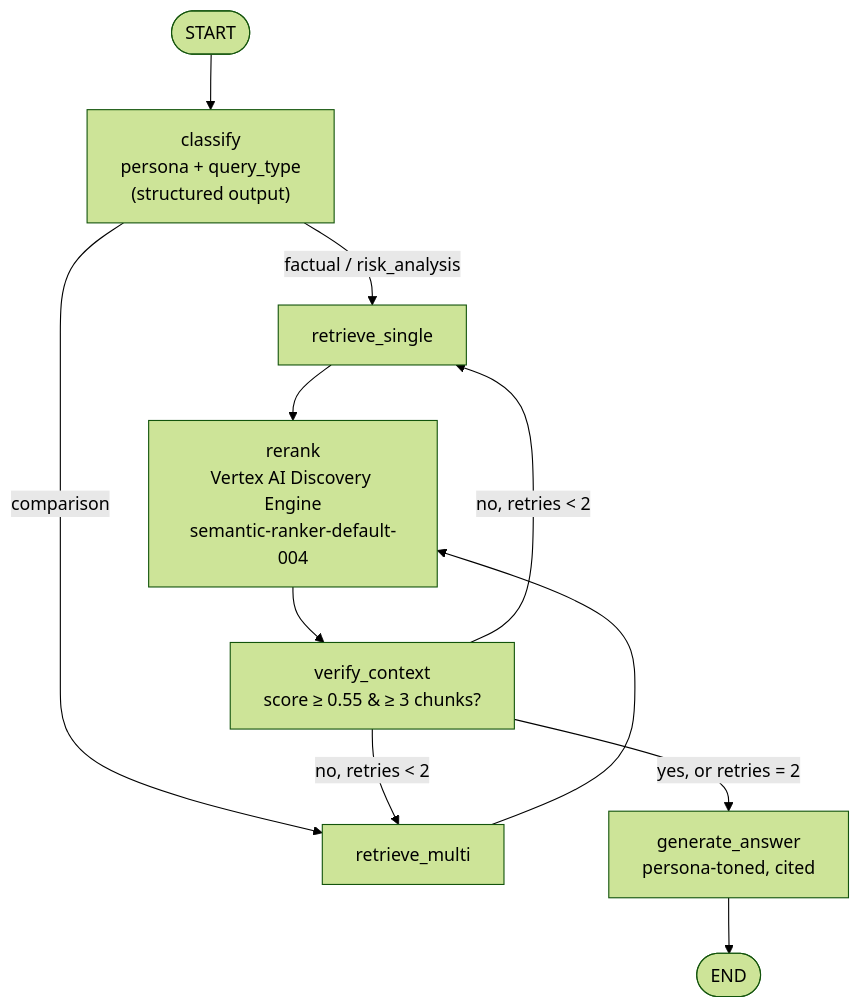
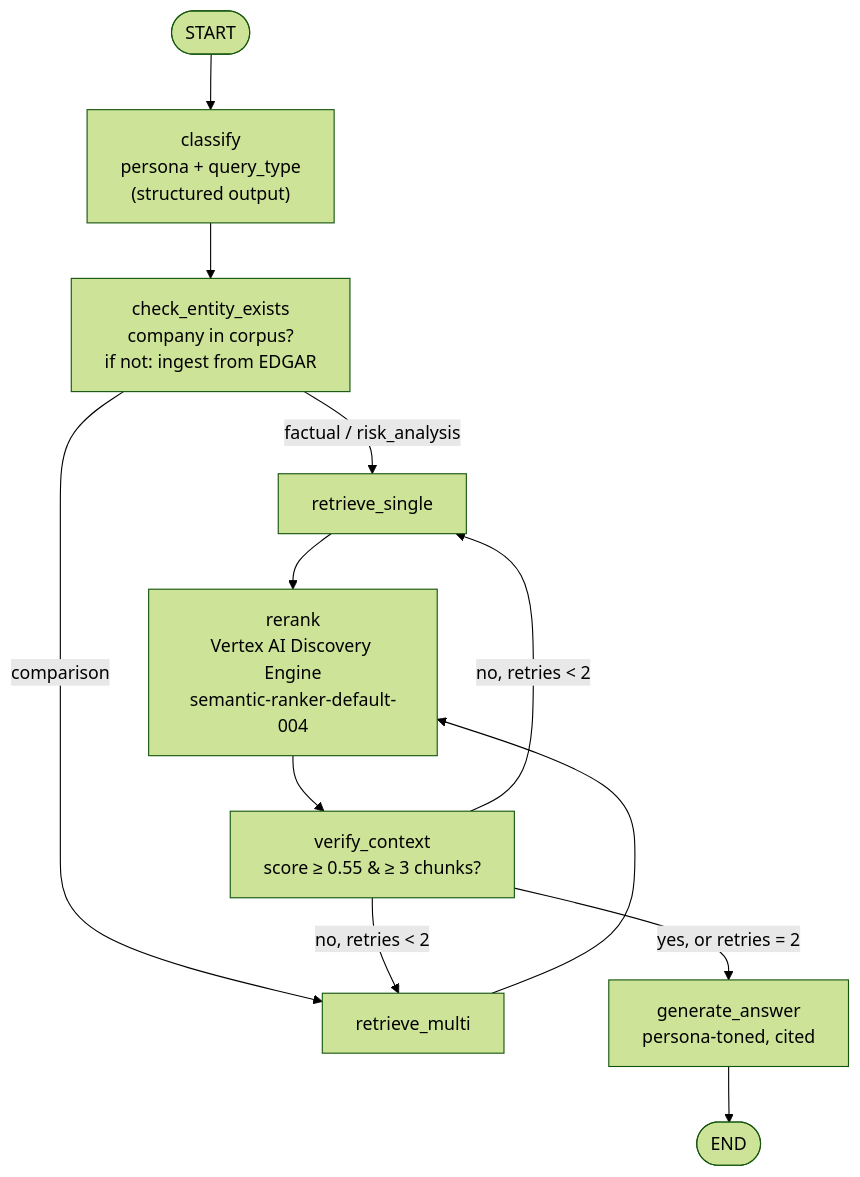
Before and after one commit to EdenIBD/financial-report-analyzer: the second of 3 diagrams in README.md, drawn with Mermaid (forest theme). The commit also changed other lines of this file and 46 other files, not shown here.

````diff
--- a/README.md
+++ b/README.md
@@ -32,13 +32,14 @@
 ```mermaid
 flowchart TD
     START([START]) --> classify["classify<br/>persona + query_type<br/>(structured output)"]
-    classify -->|factual / risk_analysis| single[retrieve_single]
-    classify -->|comparison| multi[retrieve_multi]
+    classify --> check["check_entity_exists<br/>company in corpus?<br/>if not: ingest from EDGAR"]
+    check -->|factual / risk_analysis| single[retrieve_single]
+    check -->|comparison| multi[retrieve_multi]
     single --> rerank["rerank<br/>Vertex AI Discovery Engine<br/>semantic-ranker-default-004"]
     multi --> rerank
     rerank --> verify["verify_context<br/>score ≥ 0.55 & ≥ 3 chunks?"]
     verify -->|no, retries < 2| single
     verify -->|no, retries < 2| multi
     verify -->|yes, or retries = 2| generate["generate_answer<br/>persona-toned, cited"]
     generate --> END([END])
 ```
````
